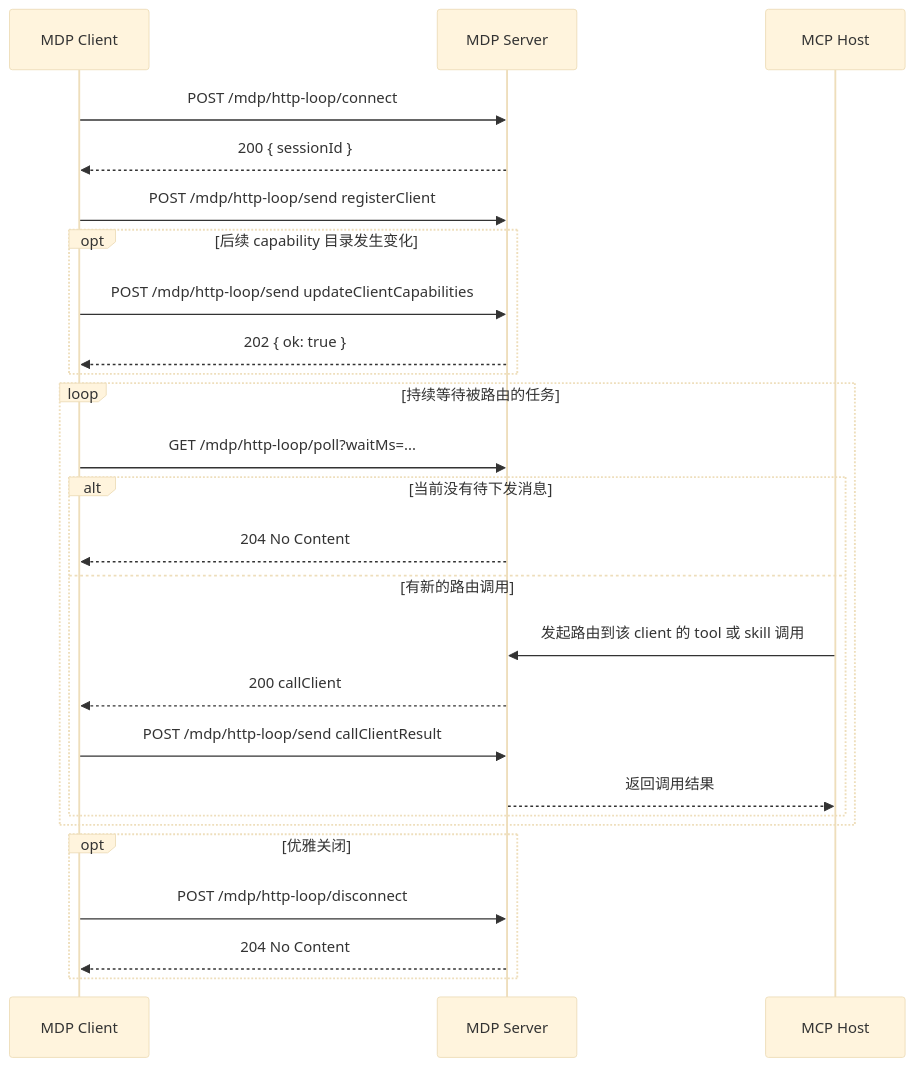
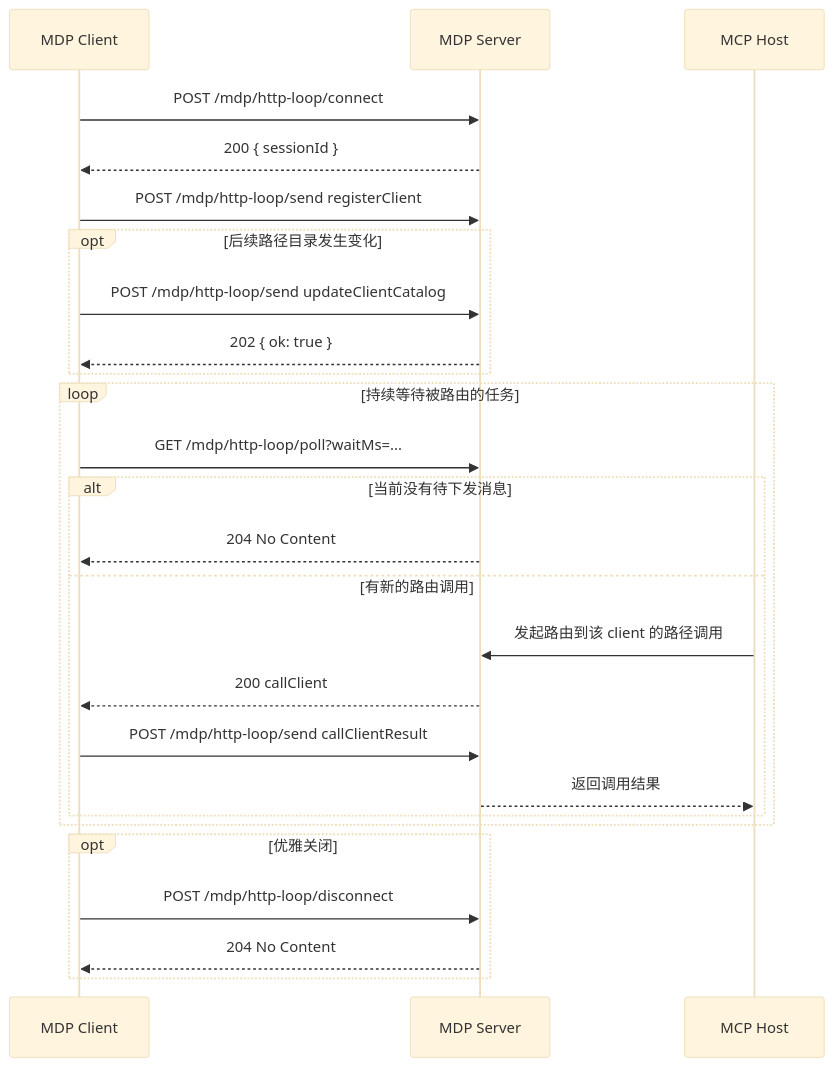
The diagram in docs/zh-Hans/server/api/http-loop-connection.md (modeldriveprotocol/modeldriveprotocol), drawn with Mermaid (base theme) before and after one commit. The commit also changed other lines of this file and 60 other files, not shown here.

````diff
--- a/docs/zh-Hans/server/api/http-loop-connection.md
+++ b/docs/zh-Hans/server/api/http-loop-connection.md
@@ -55,32 +55,32 @@
 ```mermaid
 sequenceDiagram
   participant Client as MDP Client
   participant Server as MDP Server
   participant Host as MCP Host
 
   Client->>Server: POST /mdp/http-loop/connect
   Server-->>Client: 200 { sessionId }
   Client->>Server: POST /mdp/http-loop/send registerClient
 
-  opt 后续 capability 目录发生变化
-    Client->>Server: POST /mdp/http-loop/send updateClientCapabilities
+  opt 后续路径目录发生变化
+    Client->>Server: POST /mdp/http-loop/send updateClientCatalog
     Server-->>Client: 202 { ok: true }
   end
 
   loop 持续等待被路由的任务
     Client->>Server: GET /mdp/http-loop/poll?waitMs=...
     alt 当前没有待下发消息
       Server-->>Client: 204 No Content
     else 有新的路由调用
-      Host->>Server: 发起路由到该 client 的 tool 或 skill 调用
+      Host->>Server: 发起路由到该 client 的路径调用
       Server-->>Client: 200 callClient
       Client->>Server: POST /mdp/http-loop/send callClientResult
       Server-->>Host: 返回调用结果
     end
   end
 
   opt 优雅关闭
     Client->>Server: POST /mdp/http-loop/disconnect
     Server-->>Client: 204 No Content
   end
 ```
````
